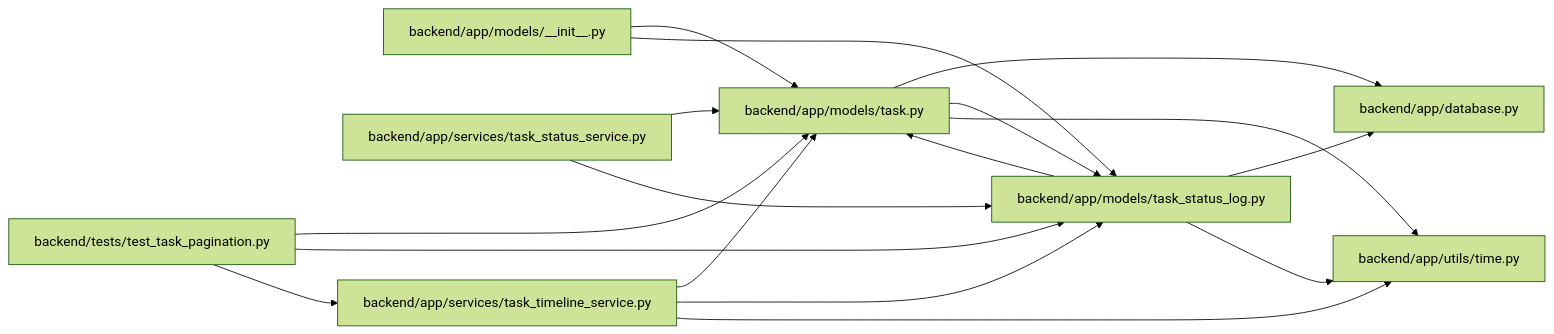
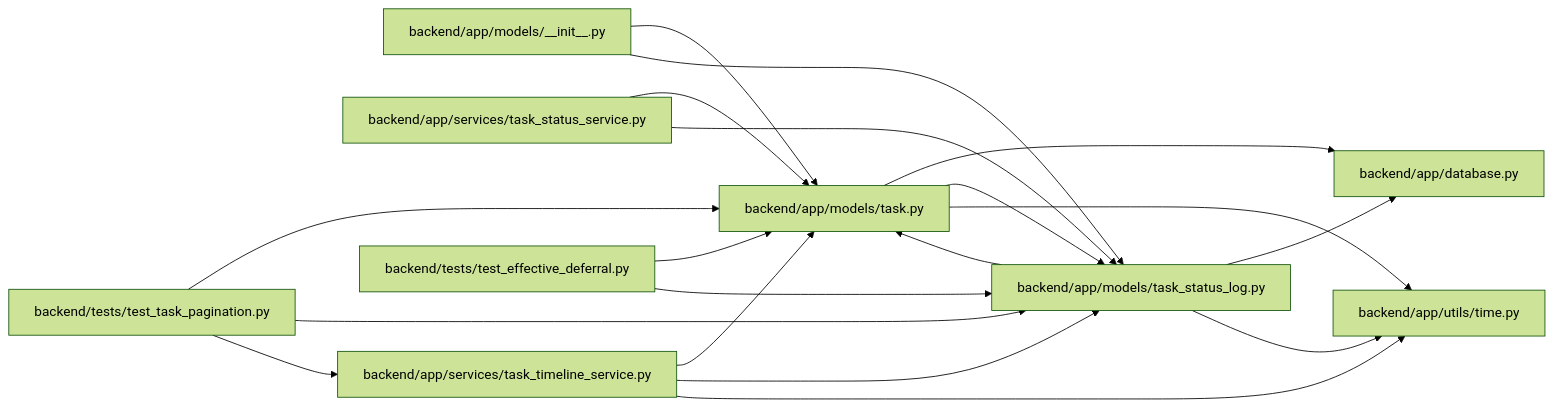
Before and after one commit to Denissvgn/WorkChord: the diagram in docs/llm_wiki/modules/task_status_log.md, drawn with Mermaid (forest theme). The commit also changed other lines of this file and 10148 other files, not shown here.

````diff
--- a/docs/llm_wiki/modules/task_status_log.md
+++ b/docs/llm_wiki/modules/task_status_log.md
@@ -24,35 +24,39 @@
 ```mermaid
 flowchart LR
     n0["backend/app/database.py"]
     n1["backend/app/models/__init__.py"]
     n2["backend/app/models/task.py"]
     n3["backend/app/models/task_status_log.py"]
     n4["backend/app/services/task_status_service.py"]
     n5["backend/app/services/task_timeline_service.py"]
     n6["backend/app/utils/time.py"]
-    n7["backend/tests/test_task_pagination.py"]
+    n7["backend/tests/test_effective_deferral.py"]
+    n8["backend/tests/test_task_pagination.py"]
     n1 --> n2
     n1 --> n3
     n2 --> n0
     n2 --> n3
     n2 --> n6
     n3 --> n0
     n3 --> n2
     n3 --> n6
     n4 --> n2
     n4 --> n3
     n5 --> n2
     n5 --> n3
     n5 --> n6
     n7 --> n2
     n7 --> n3
-    n7 --> n5
+    n8 --> n2
+    n8 --> n3
+    n8 --> n5
     click n0 "../modules/app_database.md"
     click n1 "../modules/models___init__.md"
     click n2 "../modules/models_task.md"
     click n3 "../modules/task_status_log.md"
     click n4 "../modules/task_status_service.md"
     click n5 "../modules/task_timeline_service.md"
     click n6 "../modules/time.md"
-    click n7 "../modules/test_task_pagination.md"
+    click n7 "../modules/test_effective_deferral.md"
+    click n8 "../modules/test_task_pagination.md"
 ```
````
